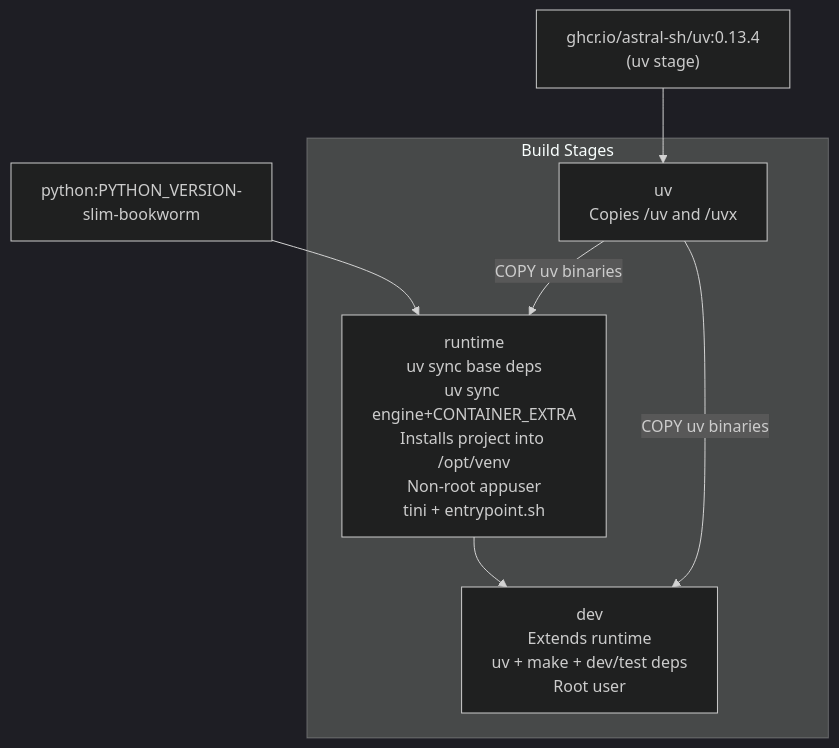
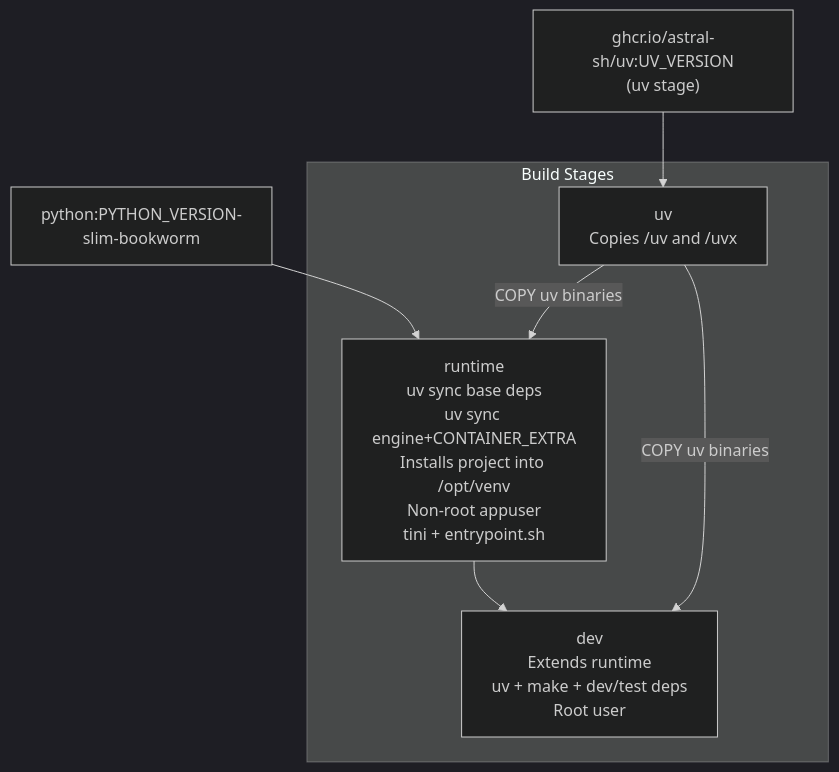
Before and after one commit to NVIDIA-NeMo/Safe-Synthesizer: the diagram in docs/developer-guide/docker.md, drawn with Mermaid (dark theme). The commit also changed other lines of this file and 28 other files, not shown here.

````diff
--- a/docs/developer-guide/docker.md
+++ b/docs/developer-guide/docker.md
@@ -21,17 +22,17 @@
 ```mermaid
 flowchart TD
-    uvImage["ghcr.io/astral-sh/uv:0.13.4\n(uv stage)"]
+    uvImage["ghcr.io/astral-sh/uv:UV_VERSION\n(uv stage)"]
     pythonBase["python:PYTHON_VERSION-slim-bookworm"]
 
     subgraph stages [Build Stages]
         uv["uv\nCopies /uv and /uvx"]
         runtime["runtime\nuv sync base deps\nuv sync engine+CONTAINER_EXTRA\nInstalls project into /opt/venv\nNon-root appuser\ntini + entrypoint.sh"]
         dev["dev\nExtends runtime\nuv + make + dev/test deps\nRoot user"]
     end
 
     uvImage --> uv
     pythonBase --> runtime
     uv -->|"COPY uv binaries"| runtime
     runtime --> dev
     uv -->|"COPY uv binaries"| dev
 ```
````
